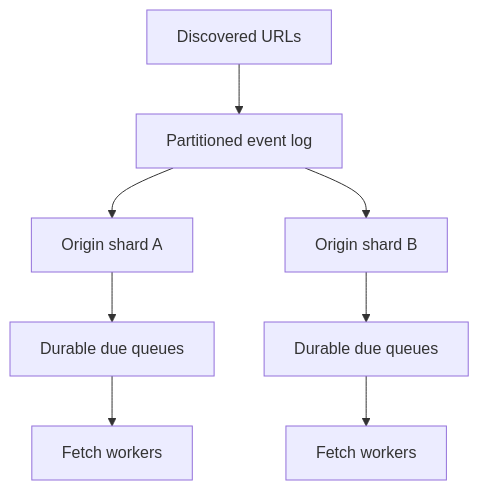
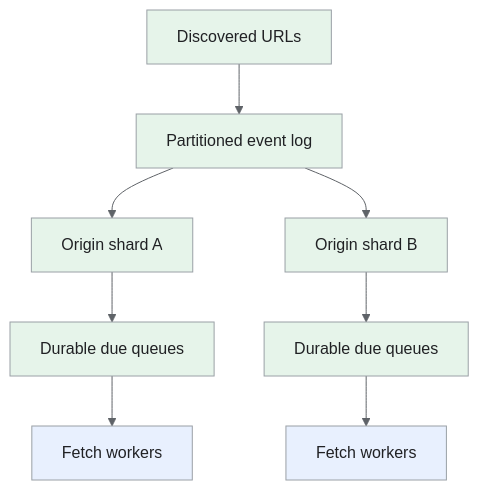
Before and after one commit to iliazlobin/iliazlobin.github.io: the fourth of 5 diagrams in _designs/system-design-web-crawler.md, drawn with Mermaid. The commit also changed other lines of this file and 25 other files, not shown here.

Commit message:
docs: explain Batch B design flows and tradeoffs

````diff
--- a/_designs/system-design-web-crawler.md
+++ b/_designs/system-design-web-crawler.md
@@ -210,10 +266,17 @@
 ```mermaid
+%%{init: {'theme':'base','themeVariables':{'primaryColor':'#e8f0fe','primaryTextColor':'#202124','primaryBorderColor':'#9aa0a6','lineColor':'#5f6368','secondaryColor':'#e6f4ea','tertiaryColor':'#fef7e0','actorBkg':'#e8f0fe','actorBorder':'#9aa0a6','actorTextColor':'#202124','noteBkgColor':'#fef7e0','noteTextColor':'#202124','noteBorderColor':'#9aa0a6','signalColor':'#5f6368','signalTextColor':'#202124','labelBoxBkgColor':'#fef7e0','labelBoxBorderColor':'#9aa0a6'}}}%%
 flowchart TB
   D["Discovered URLs"] --> K["Partitioned event log"]
   K --> A["Origin shard A"]
   K --> B["Origin shard B"]
   A --> Q1["Durable due queues"]
   B --> Q2["Durable due queues"]
   Q1 --> W1["Fetch workers"]
   Q2 --> W2["Fetch workers"]
+classDef request fill:#e8f0fe,stroke:#9aa0a6,color:#202124;
+classDef data fill:#e6f4ea,stroke:#9aa0a6,color:#202124;
+classDef control fill:#fef7e0,stroke:#9aa0a6,color:#202124;
+class W1,W2 request;
+class D,K,A,B,Q1,Q2 data;
+
 ```
````
